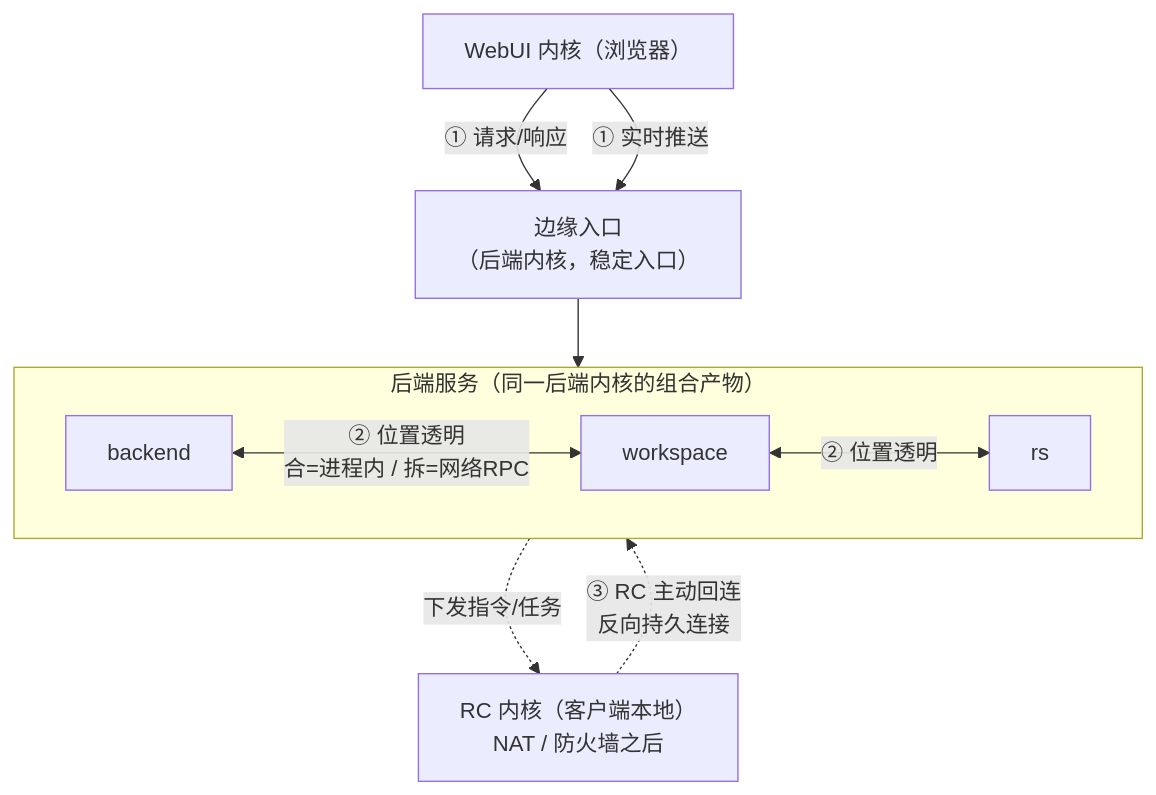
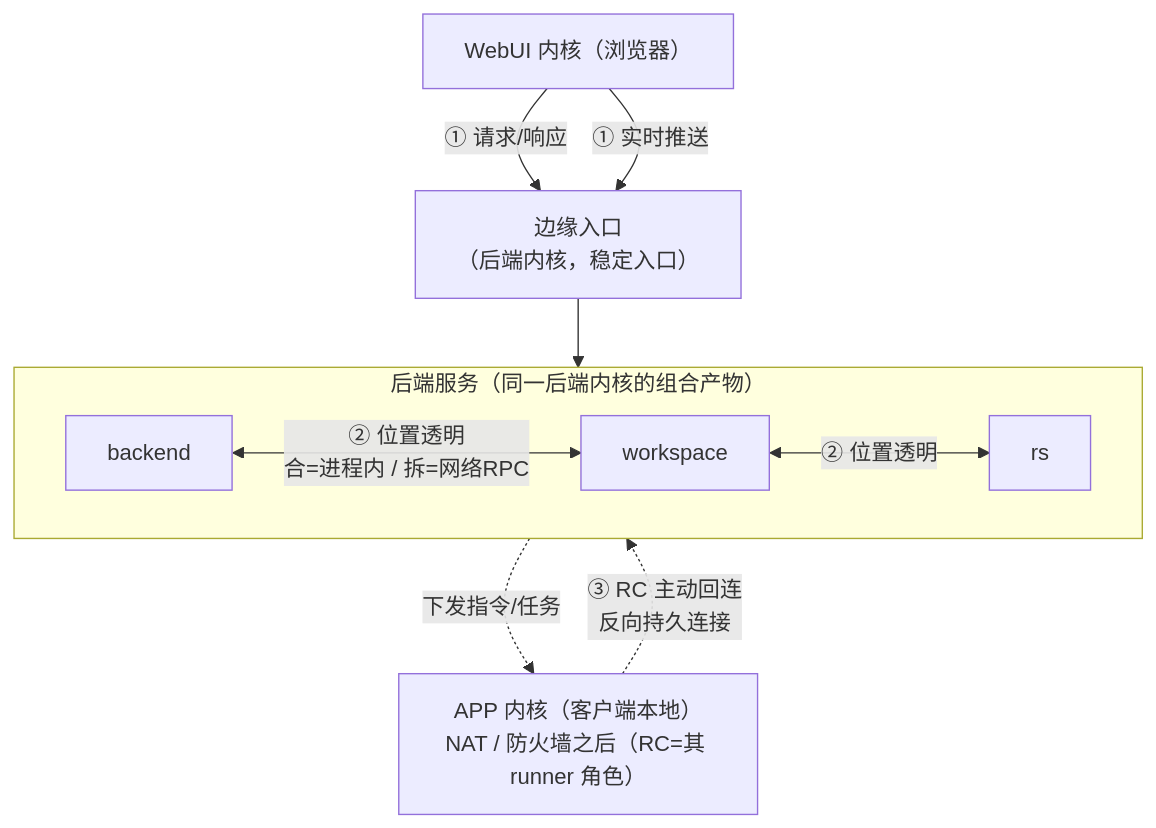
Before and after one commit to yandt/VastPlan: the third of 5 diagrams in docs/dev/architecture/系统架构.md, drawn with Mermaid. The commit also changed other lines of this file and 6 other files, not shown here.

````diff
--- a/docs/dev/architecture/系统架构.md
+++ b/docs/dev/architecture/系统架构.md
@@ -167,23 +170,23 @@
 ```mermaid
 flowchart TB
   WebUI["WebUI 内核（浏览器）"]
   Edge["边缘入口<br/>（后端内核，稳定入口）"]
 
   WebUI -->|① 请求/响应| Edge
   WebUI -->|① 实时推送| Edge
 
   subgraph BE["后端服务（同一后端内核的组合产物）"]
     direction LR
     backend["backend"]
     workspace["workspace"]
     rs["rs"]
     backend <-->|② 位置透明<br/>合=进程内 / 拆=网络RPC| workspace
     workspace <-->|② 位置透明| rs
   end
 
   Edge --> BE
 
-  RC["RC 内核（客户端本地）<br/>NAT / 防火墙之后"]
+  RC["APP 内核（客户端本地）<br/>NAT / 防火墙之后（RC=其 runner 角色）"]
   RC -.->|③ RC 主动回连<br/>反向持久连接| rs
   rs -.->|下发指令/任务| RC
 ```
````
